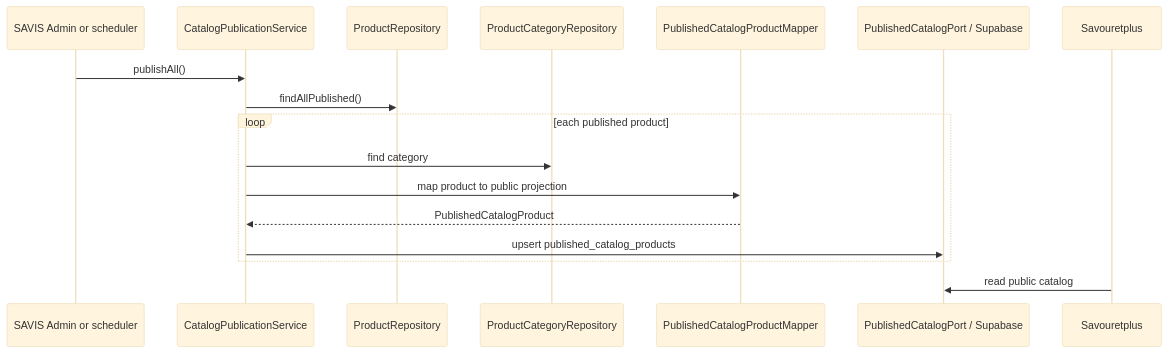
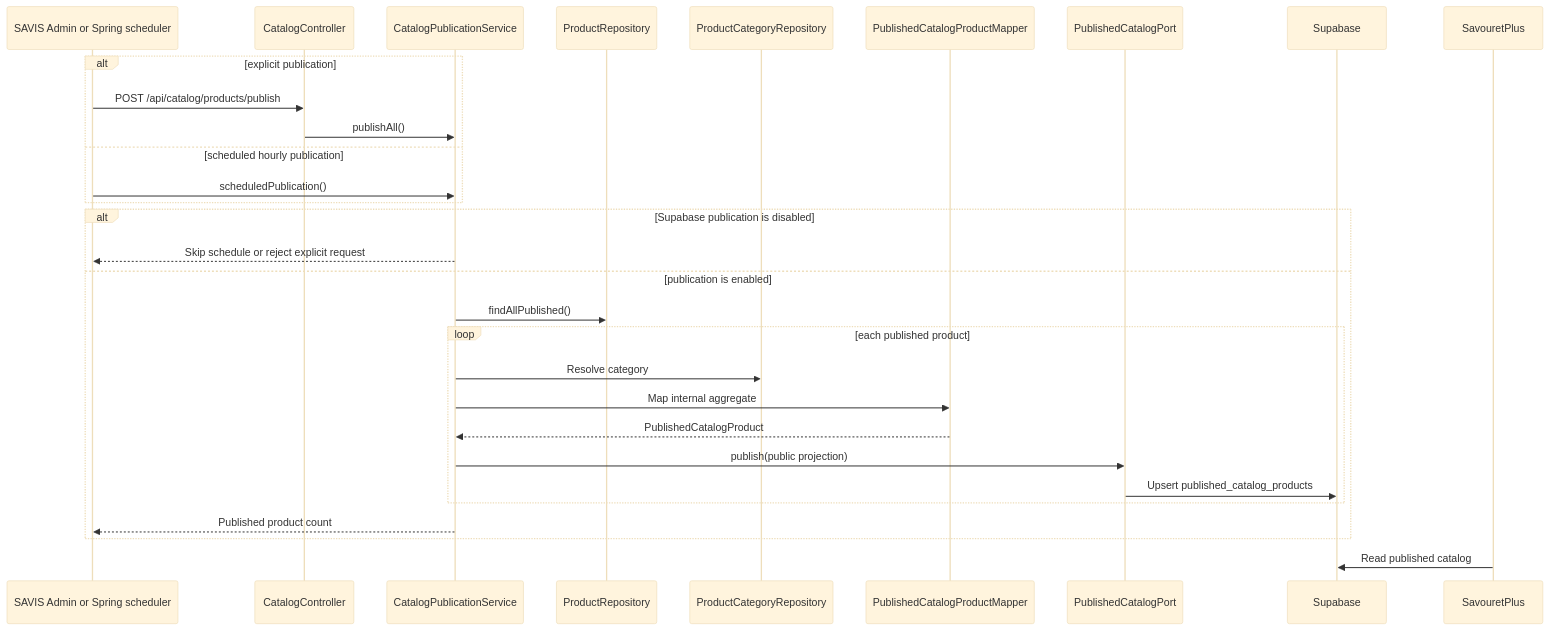
Diagram 15 of 17 in docs/ARCHITECTURE.md (wiljeanlouis/savis), drawn with Mermaid (base theme) before and after one commit. The commit also changed other lines of this file and 4 other files, not shown here.

First line of the commit message:
docs: Enhance documentation across SAVIS components with navigation sections, clarify API behaviors, and update configuration details. (#7)

````diff
--- a/docs/ARCHITECTURE.md
+++ b/docs/ARCHITECTURE.md
@@ -478,20 +721,35 @@
 ```mermaid
 sequenceDiagram
-  participant Admin as SAVIS Admin or scheduler
-  participant Catalog as CatalogPublicationService
-  participant ProductRepo as ProductRepository
-  participant CategoryRepo as ProductCategoryRepository
+  participant Trigger as SAVIS Admin or Spring scheduler
+  participant Controller as CatalogController
+  participant Publication as CatalogPublicationService
+  participant Products as ProductRepository
+  participant Categories as ProductCategoryRepository
   participant Mapper as PublishedCatalogProductMapper
-  participant Supabase as PublishedCatalogPort / Supabase
-  participant Public as Savouretplus
+  participant Port as PublishedCatalogPort
+  participant Supabase as Supabase
+  participant Storefront as SavouretPlus
 
-  Admin->>Catalog: publishAll()
-  Catalog->>ProductRepo: findAllPublished()
-  loop each published product
-    Catalog->>CategoryRepo: find category
-    Catalog->>Mapper: map product to public projection
-    Mapper-->>Catalog: PublishedCatalogProduct
-    Catalog->>Supabase: upsert published_catalog_products
+  alt explicit publication
+    Trigger->>Controller: POST /api/catalog/products/publish
+    Controller->>Publication: publishAll()
+  else scheduled hourly publication
+    Trigger->>Publication: scheduledPublication()
   end
-  Public->>Supabase: read public catalog
+
+  alt Supabase publication is disabled
+    Publication-->>Trigger: Skip schedule or reject explicit request
+  else publication is enabled
+    Publication->>Products: findAllPublished()
+    loop each published product
+      Publication->>Categories: Resolve category
+      Publication->>Mapper: Map internal aggregate
+      Mapper-->>Publication: PublishedCatalogProduct
+      Publication->>Port: publish(public projection)
+      Port->>Supabase: Upsert published_catalog_products
+    end
+    Publication-->>Trigger: Published product count
+  end
+
+  Storefront->>Supabase: Read published catalog
 ```
````
